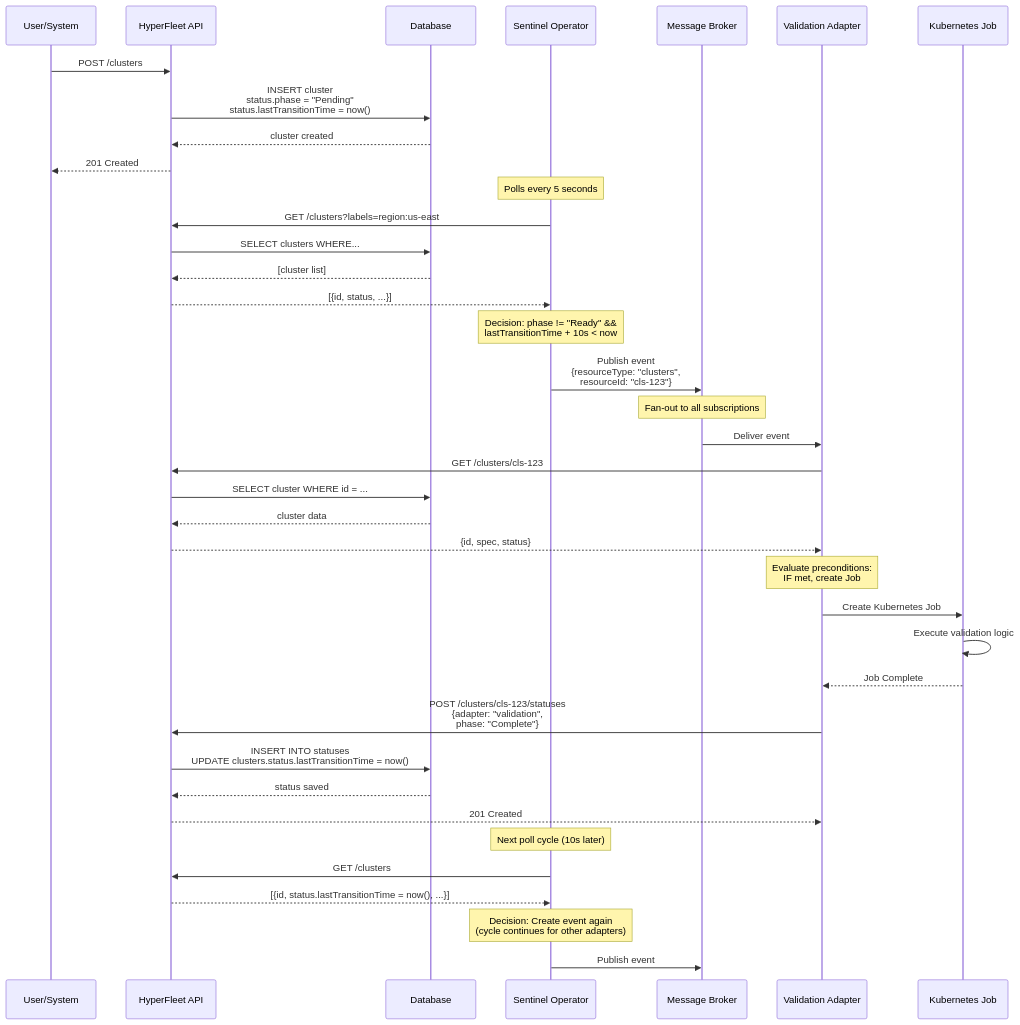
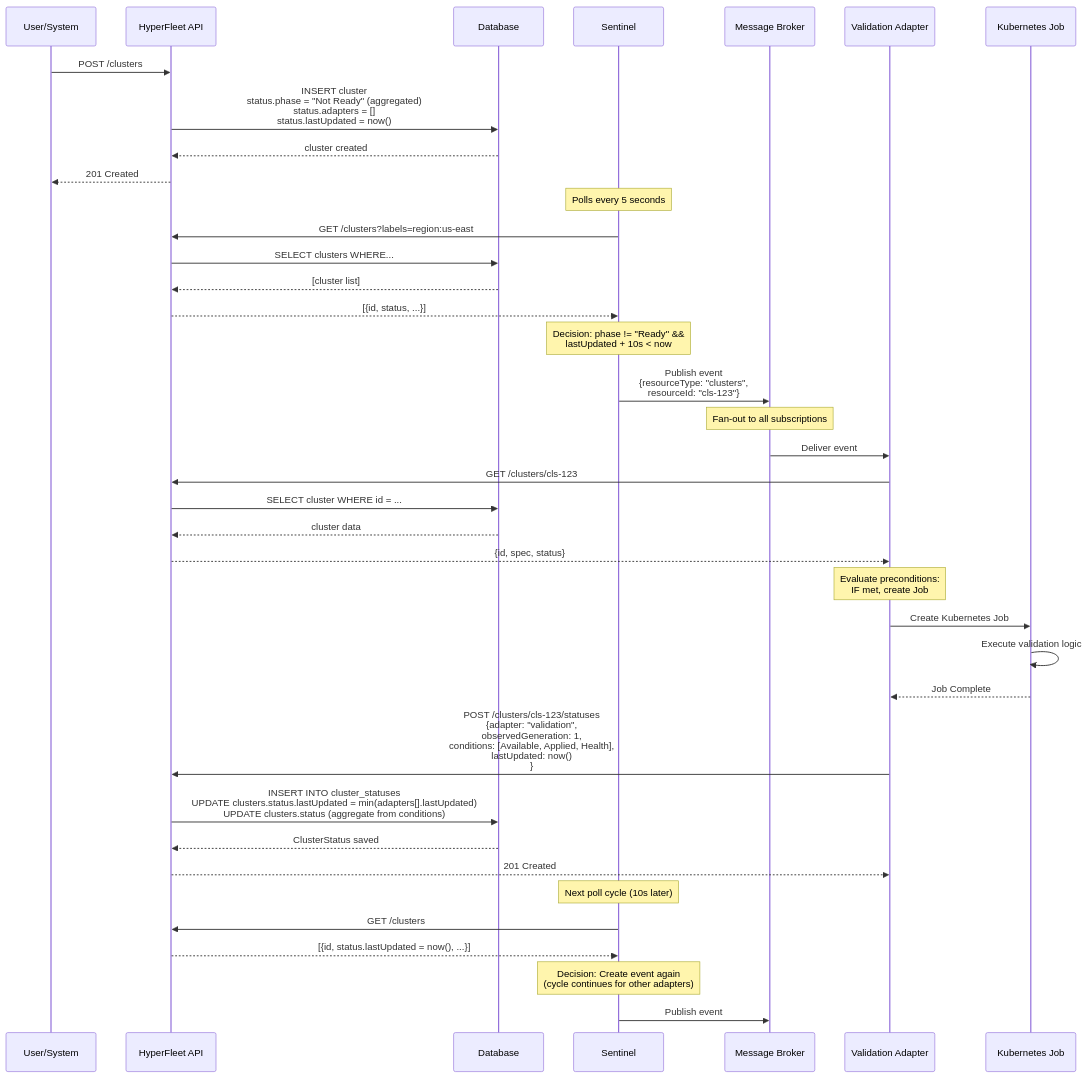
The second of 3 diagrams in hyperfleet/architecture/architecture-summary.md (rafabene/hyperfleet-architecture), drawn with Mermaid before and after one commit. The commit also changed other lines of this file and 5 other files, not shown here.

````diff
--- a/hyperfleet/architecture/architecture-summary.md
+++ b/hyperfleet/architecture/architecture-summary.md
@@ -429,54 +510,54 @@
 ```mermaid
 sequenceDiagram
     participant User as User/System
     participant API as HyperFleet API
     participant DB as Database
-    participant Sentinel as Sentinel Operator
+    participant Sentinel as Sentinel
     participant Broker as Message Broker
     participant Adapter as Validation Adapter
     participant Job as Kubernetes Job
 
     User->>API: POST /clusters
-    API->>DB: INSERT cluster<br/>status.phase = "Pending"<br/>status.lastTransitionTime = now()
+    API->>DB: INSERT cluster<br/>status.phase = "Not Ready" (aggregated)<br/>status.adapters = []<br/>status.lastUpdated = now()
     DB-->>API: cluster created
     API-->>User: 201 Created
 
     Note over Sentinel: Polls every 5 seconds
 
     Sentinel->>API: GET /clusters?labels=region:us-east
     API->>DB: SELECT clusters WHERE...
     DB-->>API: [cluster list]
     API-->>Sentinel: [{id, status, ...}]
 
-    Note over Sentinel: Decision: phase != "Ready" &&<br/>lastTransitionTime + 10s < now
+    Note over Sentinel: Decision: phase != "Ready" &&<br/>lastUpdated + 10s < now
 
     Sentinel->>Broker: Publish event<br/>{resourceType: "clusters",<br/>resourceId: "cls-123"}
 
     Note over Broker: Fan-out to all subscriptions
 
     Broker->>Adapter: Deliver event
     Adapter->>API: GET /clusters/cls-123
     API->>DB: SELECT cluster WHERE id = ...
     DB-->>API: cluster data
     API-->>Adapter: {id, spec, status}
 
     Note over Adapter: Evaluate preconditions:<br/>IF met, create Job
 
     Adapter->>Job: Create Kubernetes Job
     Job->>Job: Execute validation logic
     Job-->>Adapter: Job Complete
 
-    Adapter->>API: POST /clusters/cls-123/statuses<br/>{adapter: "validation",<br/>phase: "Complete"}
-    API->>DB: INSERT INTO statuses<br/>UPDATE clusters.status.lastTransitionTime = now()
-    DB-->>API: status saved
+    Adapter->>API: POST /clusters/cls-123/statuses<br/>{adapter: "validation",<br/>observedGeneration: 1,<br/>conditions: [Available, Applied, Health],<br/>lastUpdated: now()<br/>}
+    API->>DB: INSERT INTO cluster_statuses<br/>UPDATE clusters.status.lastUpdated = min(adapters[].lastUpdated)<br/>UPDATE clusters.status (aggregate from conditions)
+    DB-->>API: ClusterStatus saved
     API-->>Adapter: 201 Created
 
     Note over Sentinel: Next poll cycle (10s later)
 
     Sentinel->>API: GET /clusters
-    API-->>Sentinel: [{id, status.lastTransitionTime = now(), ...}]
+    API-->>Sentinel: [{id, status.lastUpdated = now(), ...}]
 
     Note over Sentinel: Decision: Create event again<br/>(cycle continues for other adapters)
 
     Sentinel->>Broker: Publish event
 ```
````
